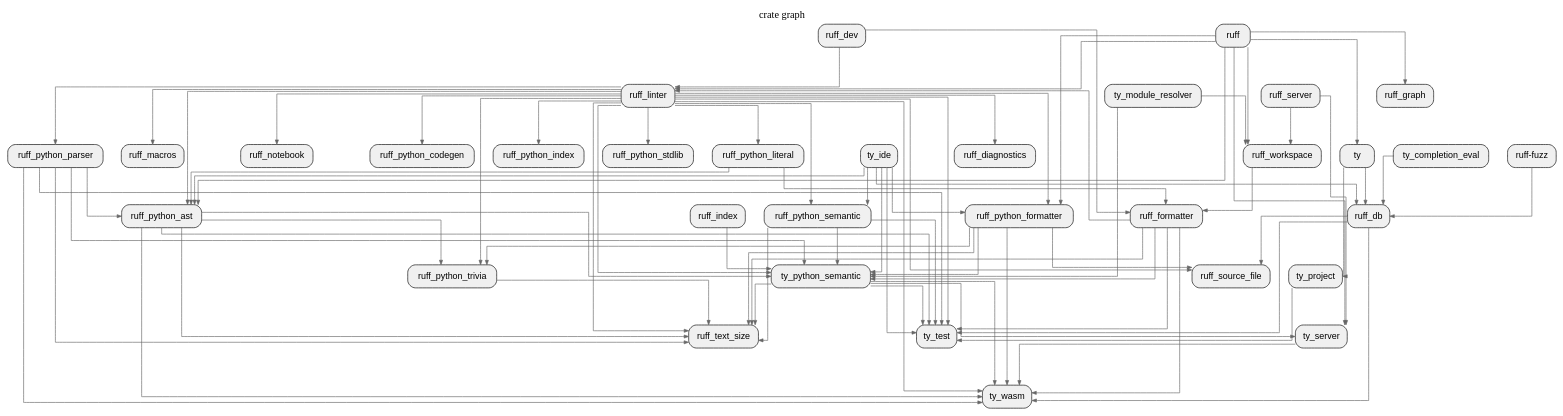
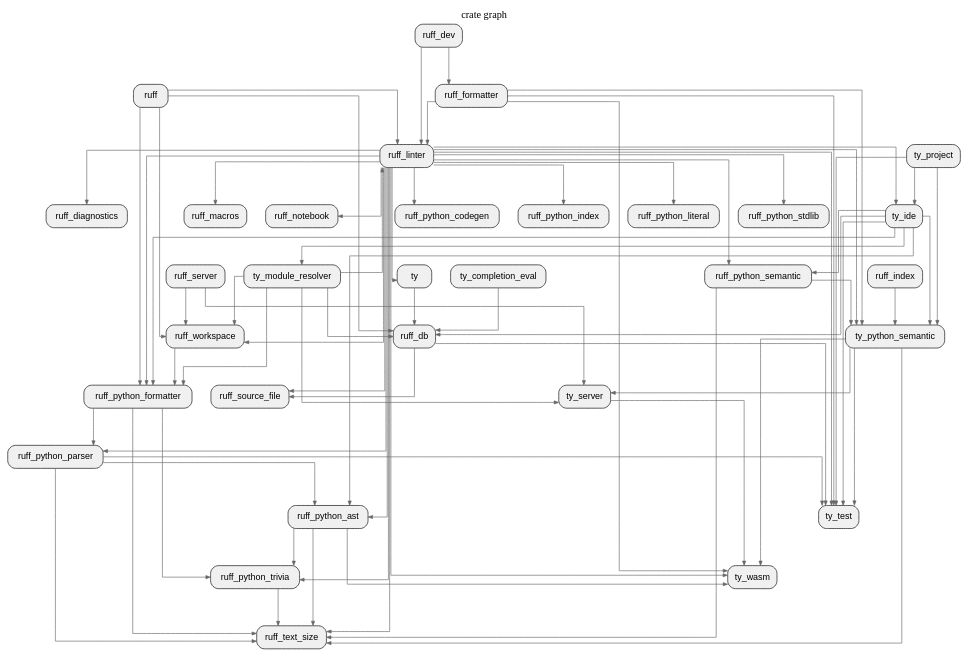
The diagram in sample/ruff/depth_1_crate.dot (allenanswerzq/llmcc), drawn with Graphviz before and after one commit. The commit also changed 165 other files, not shown here.

```diff
--- a/sample/ruff/depth_1_crate.dot
+++ b/sample/ruff/depth_1_crate.dot
@@ -1,128 +1,119 @@
 digraph architecture {
   // Layout settings
   rankdir=TB;
   ranksep=0.8;
   nodesep=0.4;
   splines=ortho;
   concentrate=true;
 
   node [shape=box, style="rounded,filled", fillcolor="#f0f0f0", fontname="Helvetica"];
   edge [color="#666666", arrowsize=0.7];
 
   label="crate graph";
   labelloc=t;
   fontsize=16;
   fontname="Helvetica Bold";
 
   crate_ruff[label="ruff"];
   crate_ruff_db[label="ruff_db"];
   crate_ruff_dev[label="ruff_dev"];
   crate_ruff_diagnostics[label="ruff_diagnostics"];
   crate_ruff_formatter[label="ruff_formatter"];
-  crate_ruff_fuzz[label="ruff-fuzz"];
-  crate_ruff_graph[label="ruff_graph"];
   crate_ruff_index[label="ruff_index"];
   crate_ruff_linter[label="ruff_linter"];
   crate_ruff_macros[label="ruff_macros"];
   crate_ruff_notebook[label="ruff_notebook"];
   crate_ruff_python_ast[label="ruff_python_ast"];
   crate_ruff_python_codegen[label="ruff_python_codegen"];
   crate_ruff_python_formatter[label="ruff_python_formatter"];
   crate_ruff_python_index[label="ruff_python_index"];
   crate_ruff_python_literal[label="ruff_python_literal"];
   crate_ruff_python_parser[label="ruff_python_parser"];
   crate_ruff_python_semantic[label="ruff_python_semantic"];
   crate_ruff_python_stdlib[label="ruff_python_stdlib"];
   crate_ruff_python_trivia[label="ruff_python_trivia"];
   crate_ruff_server[label="ruff_server"];
   crate_ruff_source_file[label="ruff_source_file"];
   crate_ruff_text_size[label="ruff_text_size"];
   crate_ruff_workspace[label="ruff_workspace"];
   crate_ty[label="ty"];
   crate_ty_completion_eval[label="ty_completion_eval"];
   crate_ty_ide[label="ty_ide"];
   crate_ty_module_resolver[label="ty_module_resolver"];
   crate_ty_project[label="ty_project"];
   crate_ty_python_semantic[label="ty_python_semantic"];
   crate_ty_server[label="ty_server"];
   crate_ty_test[label="ty_test"];
   crate_ty_wasm[label="ty_wasm"];
 
-  crate_ruff -> crate_ruff_graph;
+  crate_ruff -> crate_ruff_db;
   crate_ruff -> crate_ruff_linter;
-  crate_ruff -> crate_ruff_python_ast;
   crate_ruff -> crate_ruff_python_formatter;
   crate_ruff -> crate_ruff_workspace;
-  crate_ruff -> crate_ty;
-  crate_ruff -> crate_ty_server;
   crate_ruff_db -> crate_ruff_source_file;
   crate_ruff_db -> crate_ty_test;
-  crate_ruff_db -> crate_ty_wasm;
   crate_ruff_dev -> crate_ruff_formatter;
   crate_ruff_dev -> crate_ruff_linter;
   crate_ruff_formatter -> crate_ruff_linter;
-  crate_ruff_formatter -> crate_ruff_text_size;
   crate_ruff_formatter -> crate_ty_python_semantic;
   crate_ruff_formatter -> crate_ty_test;
   crate_ruff_formatter -> crate_ty_wasm;
-  crate_ruff_fuzz -> crate_ruff_db;
   crate_ruff_index -> crate_ty_python_semantic;
   crate_ruff_linter -> crate_ruff_diagnostics;
   crate_ruff_linter -> crate_ruff_macros;
   crate_ruff_linter -> crate_ruff_notebook;
   crate_ruff_linter -> crate_ruff_python_ast;
   crate_ruff_linter -> crate_ruff_python_codegen;
   crate_ruff_linter -> crate_ruff_python_formatter;
   crate_ruff_linter -> crate_ruff_python_index;
   crate_ruff_linter -> crate_ruff_python_literal;
   crate_ruff_linter -> crate_ruff_python_parser;
   crate_ruff_linter -> crate_ruff_python_semantic;
   crate_ruff_linter -> crate_ruff_python_stdlib;
   crate_ruff_linter -> crate_ruff_python_trivia;
   crate_ruff_linter -> crate_ruff_source_file;
   crate_ruff_linter -> crate_ruff_text_size;
+  crate_ruff_linter -> crate_ruff_workspace;
+  crate_ruff_linter -> crate_ty;
+  crate_ruff_linter -> crate_ty_ide;
   crate_ruff_linter -> crate_ty_python_semantic;
   crate_ruff_linter -> crate_ty_test;
   crate_ruff_linter -> crate_ty_wasm;
   crate_ruff_python_ast -> crate_ruff_python_trivia;
   crate_ruff_python_ast -> crate_ruff_text_size;
-  crate_ruff_python_ast -> crate_ty_python_semantic;
-  crate_ruff_python_ast -> crate_ty_test;
   crate_ruff_python_ast -> crate_ty_wasm;
+  crate_ruff_python_formatter -> crate_ruff_python_parser;
   crate_ruff_python_formatter -> crate_ruff_python_trivia;
-  crate_ruff_python_formatter -> crate_ruff_source_file;
   crate_ruff_python_formatter -> crate_ruff_text_size;
-  crate_ruff_python_formatter -> crate_ty_python_semantic;
-  crate_ruff_python_formatter -> crate_ty_wasm;
-  crate_ruff_python_literal -> crate_ruff_formatter;
-  crate_ruff_python_literal -> crate_ruff_python_ast;
   crate_ruff_python_parser -> crate_ruff_python_ast;
   crate_ruff_python_parser -> crate_ruff_text_size;
-  crate_ruff_python_parser -> crate_ty_python_semantic;
   crate_ruff_python_parser -> crate_ty_test;
-  crate_ruff_python_parser -> crate_ty_wasm;
   crate_ruff_python_semantic -> crate_ruff_text_size;
   crate_ruff_python_semantic -> crate_ty_python_semantic;
-  crate_ruff_python_semantic -> crate_ty_test;
   crate_ruff_python_trivia -> crate_ruff_text_size;
   crate_ruff_server -> crate_ruff_workspace;
   crate_ruff_server -> crate_ty_server;
-  crate_ruff_workspace -> crate_ruff_formatter;
+  crate_ruff_workspace -> crate_ruff_python_formatter;
   crate_ty -> crate_ruff_db;
-  crate_ty -> crate_ty_project;
   crate_ty_completion_eval -> crate_ruff_db;
   crate_ty_ide -> crate_ruff_db;
   crate_ty_ide -> crate_ruff_python_ast;
   crate_ty_ide -> crate_ruff_python_formatter;
   crate_ty_ide -> crate_ruff_python_semantic;
+  crate_ty_ide -> crate_ty_module_resolver;
   crate_ty_ide -> crate_ty_python_semantic;
   crate_ty_ide -> crate_ty_test;
+  crate_ty_module_resolver -> crate_ruff_db;
+  crate_ty_module_resolver -> crate_ruff_linter;
+  crate_ty_module_resolver -> crate_ruff_python_formatter;
   crate_ty_module_resolver -> crate_ruff_workspace;
-  crate_ty_module_resolver -> crate_ty_python_semantic;
+  crate_ty_module_resolver -> crate_ty_server;
+  crate_ty_project -> crate_ty_ide;
+  crate_ty_project -> crate_ty_python_semantic;
   crate_ty_project -> crate_ty_test;
   crate_ty_python_semantic -> crate_ruff_text_size;
   crate_ty_python_semantic -> crate_ty_server;
   crate_ty_python_semantic -> crate_ty_test;
   crate_ty_python_semantic -> crate_ty_wasm;
   crate_ty_server -> crate_ty_wasm;
 }
```
